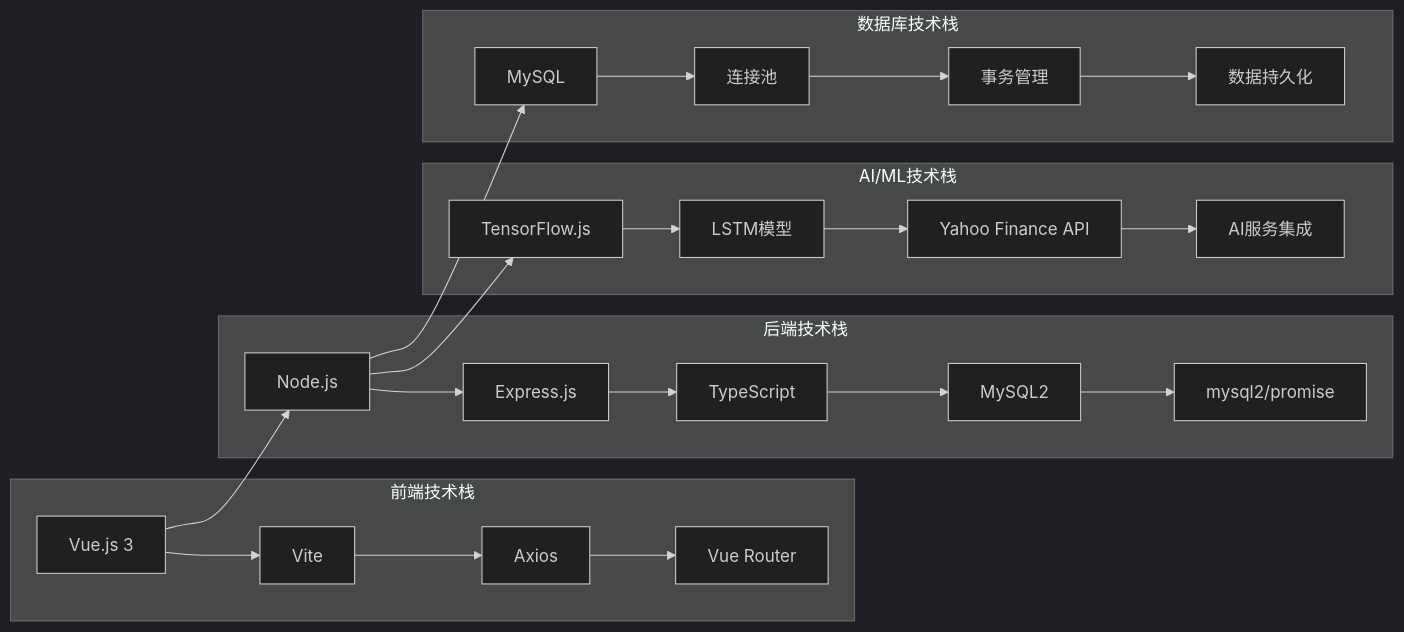
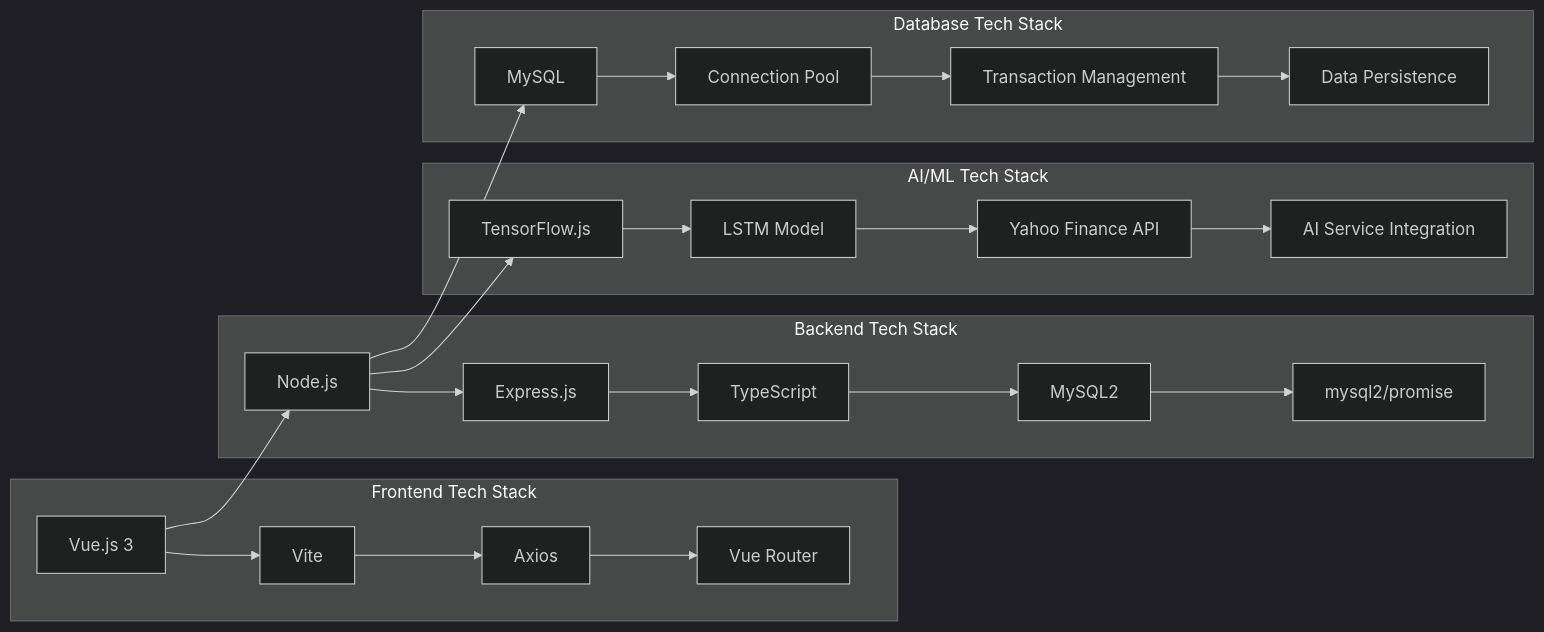
The third of 5 diagrams in backend/architecture.md (CDKStudy/Portfolio_Manager), drawn with Mermaid (dark theme) before and after one commit. The commit also changed other lines of this file, not shown here.

````diff
--- a/backend/architecture.md
+++ b/backend/architecture.md
@@ -123,31 +123,31 @@
 ```mermaid
 graph LR
-    subgraph "前端技术栈"
+    subgraph "Frontend Tech Stack"
         A1[Vue.js 3] --> A2[Vite]
         A2 --> A3[Axios]
         A3 --> A4[Vue Router]
     end
 
-    subgraph "后端技术栈"
+    subgraph "Backend Tech Stack"
         B1[Node.js] --> B2[Express.js]
         B2 --> B3[TypeScript]
         B3 --> B4[MySQL2]
         B4 --> B5[mysql2/promise]
     end
 
-    subgraph "AI/ML技术栈"
-        C1[TensorFlow.js] --> C2[LSTM模型]
+    subgraph "AI/ML Tech Stack"
+        C1[TensorFlow.js] --> C2[LSTM Model]
         C2 --> C3[Yahoo Finance API]
-        C3 --> C4[AI服务集成]
+        C3 --> C4[AI Service Integration]
     end
 
-    subgraph "数据库技术栈"
-        D1[MySQL] --> D2[连接池]
-        D2 --> D3[事务管理]
-        D3 --> D4[数据持久化]
+    subgraph "Database Tech Stack"
+        D1[MySQL] --> D2[Connection Pool]
+        D2 --> D3[Transaction Management]
+        D3 --> D4[Data Persistence]
     end
 
     A1 --> B1
     B1 --> C1
     B1 --> D1
 ```
````
